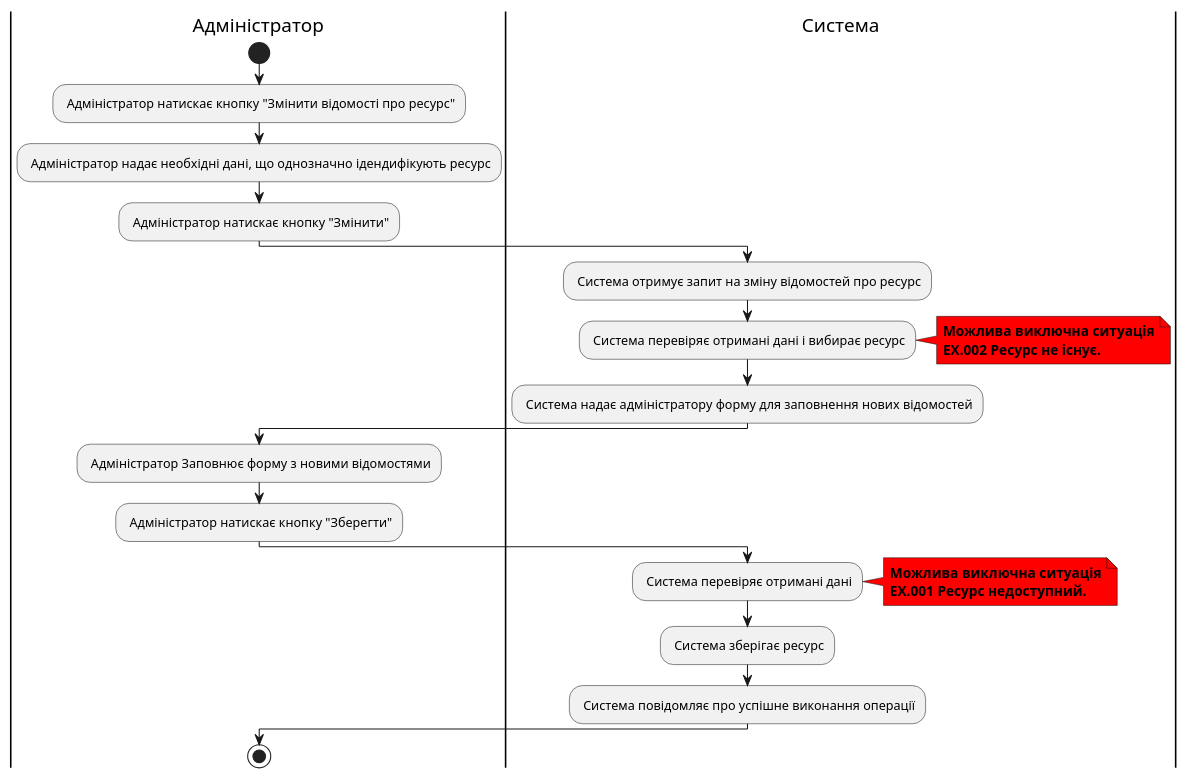
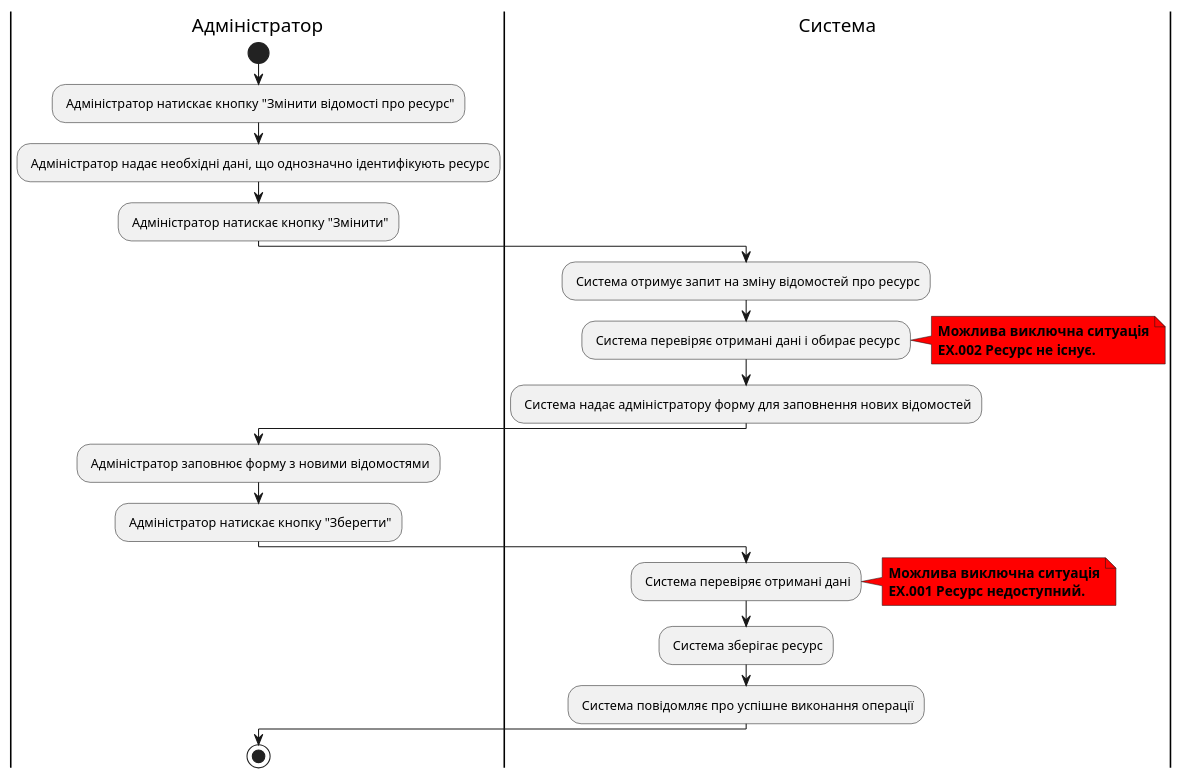
One commit to ypapish/database-course-work changed the fifth of 7 diagrams in docs/ua/use cases/index.md. Above: the diagram before and after it, drawn with PlantUML. The commit also changed other lines of this file, not shown here.

```diff
--- a/docs/ua/use cases/index.md
+++ b/docs/ua/use cases/index.md
@@ -132,31 +132,31 @@
 @startuml
 |Адміністратор|
 start
 : Адміністратор натискає кнопку "Змінити відомості про ресурс";
-: Адміністратор надає необхідні дані, що однозначно ідендифікують ресурс;
+: Адміністратор надає необхідні дані, що однозначно ідентифікують ресурс;
 : Адміністратор натискає кнопку "Змінити";
 
 |Система|
 : Система отримує запит на зміну відомостей про ресурс;
-: Система перевіряє отримані дані і вибирає ресурс;
+: Система перевіряє отримані дані і обирає ресурс;
 note right #red
 <b>Можлива виключна ситуація</b>
 <b>EX.002 Ресурс не існує.</b>
 end note
 : Система надає адміністратору форму для заповнення нових відомостей;
 
 |Адміністратор|
-: Адміністратор Заповнює форму з новими відомостями;
+: Адміністратор заповнює форму з новими відомостями;
 : Адміністратор натискає кнопку "Зберегти";
 
 |Система|
 : Система перевіряє отримані дані;
 note right #red
 <b>Можлива виключна ситуація</b>
 <b>EX.001 Ресурс недоступний.</b>
 end note
 : Система зберігає ресурс;
 : Система повідомляє про успішне виконання операції;
 |Адміністратор|
 stop
 @enduml
```
